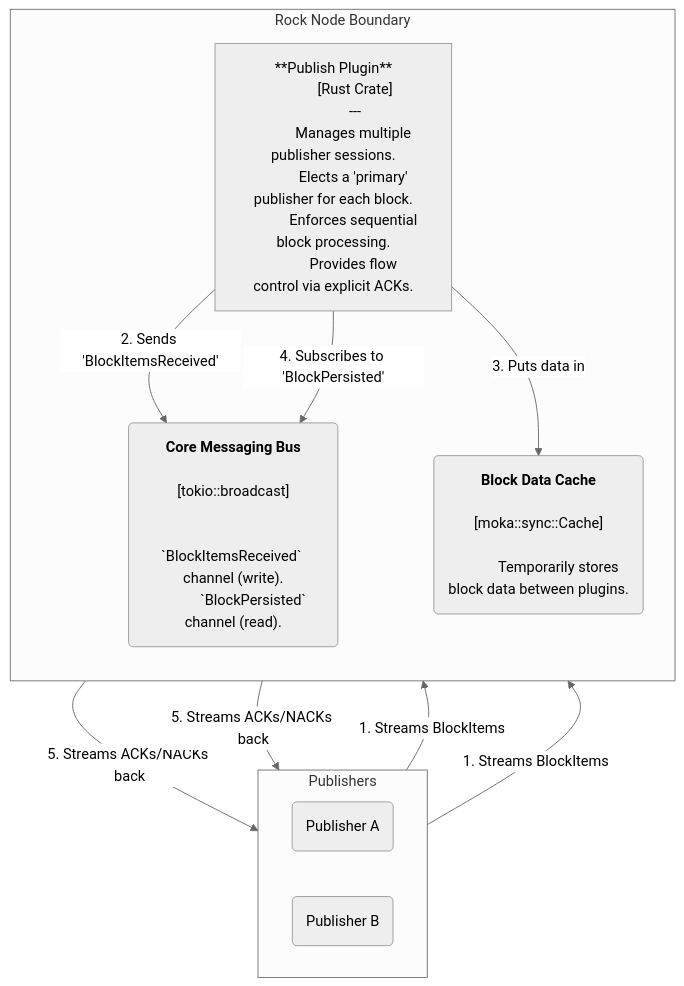
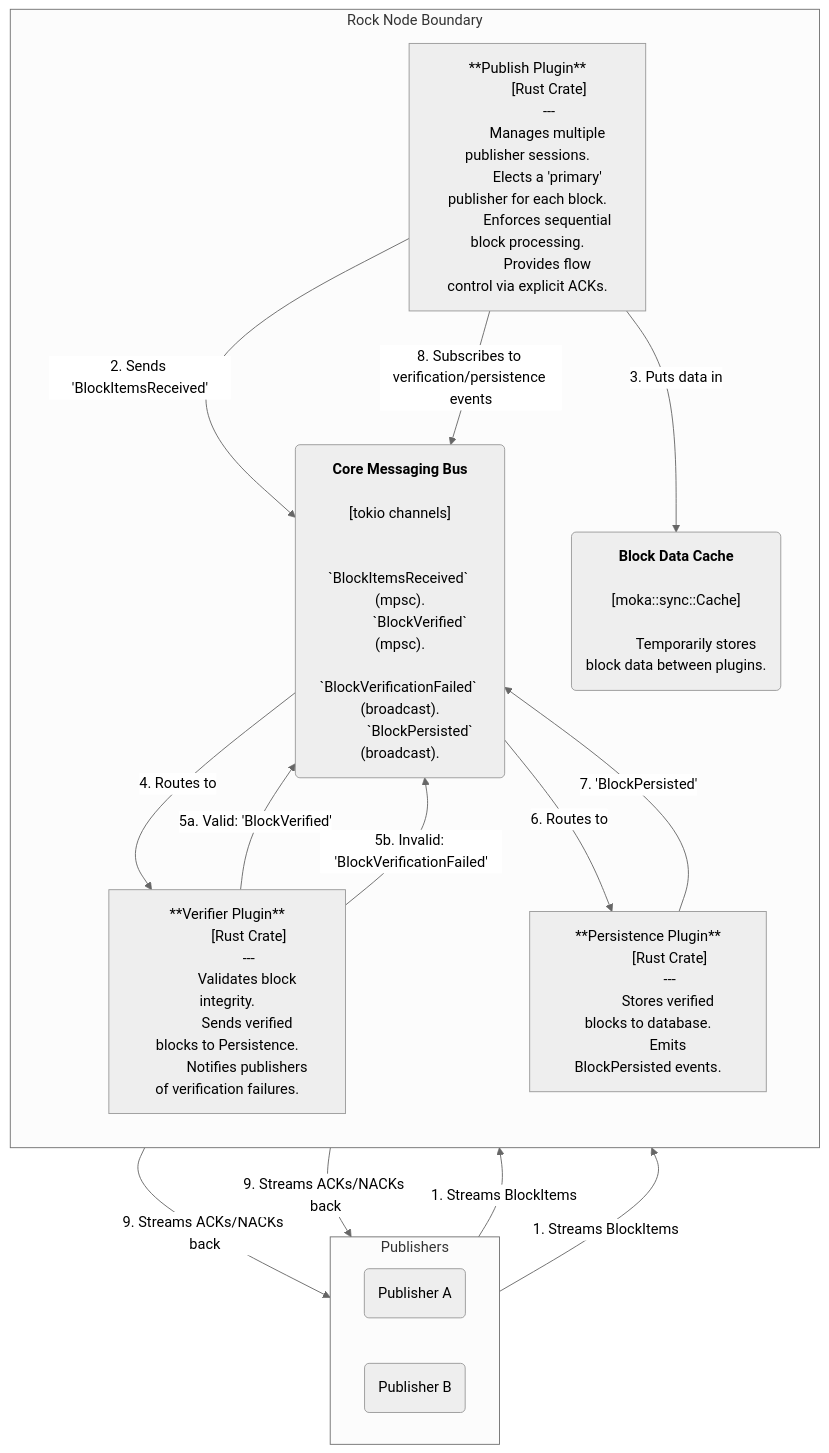
The first of 2 diagrams in docs/publisher/design-doc.md (LimeChain/Rock-Node), drawn with Mermaid (neutral theme) before and after one commit. The commit also changed other lines of this file and 38 other files, not shown here.

````diff
--- a/docs/publisher/design-doc.md
+++ b/docs/publisher/design-doc.md
@@ -42,45 +44,71 @@
 ```mermaid
 graph TD
     subgraph "Publishers"
         direction LR
         PublisherA("Publisher A")
         PublisherB("Publisher B")
     end
 
     subgraph "Rock Node Boundary"
         direction TB
-        
+
         PublishPlugin["
             **Publish Plugin**
             [Rust Crate]
             ---
             Manages multiple publisher sessions.
             Elects a 'primary' publisher for each block.
             Enforces sequential block processing.
             Provides flow control via explicit ACKs.
         "]
 
+        VerifierPlugin["
+            **Verifier Plugin**
+            [Rust Crate]
+            ---
+            Validates block integrity.
+            Sends verified blocks to Persistence.
+            Notifies publishers of verification failures.
+        "]
+
+        PersistencePlugin["
+            **Persistence Plugin**
+            [Rust Crate]
+            ---
+            Stores verified blocks to database.
+            Emits BlockPersisted events.
+        "]
+
         CoreMessaging("
             <b>Core Messaging Bus</b>
-            <br/>[tokio::broadcast]<br/>
-            `BlockItemsReceived` channel (write).
-            `BlockPersisted` channel (read).
+            <br/>[tokio channels]<br/>
+            `BlockItemsReceived` (mpsc).
+            `BlockVerified` (mpsc).
+            `BlockVerificationFailed` (broadcast).
+            `BlockPersisted` (broadcast).
         ")
 
         CoreCache("
             <b>Block Data Cache</b>
             <br/>[moka::sync::Cache]<br/>
             Temporarily stores block data between plugins.
         ")
-        
+
         PublisherA -- "1. Streams BlockItems" --> PublishPlugin
         PublisherB -- "1. Streams BlockItems" --> PublishPlugin
-        
+
         PublishPlugin -- "2. Sends 'BlockItemsReceived'" --> CoreMessaging
         PublishPlugin -- "3. Puts data in" --> CoreCache
-        PublishPlugin -- "4. Subscribes to 'BlockPersisted'" --> CoreMessaging
-        
-        PublishPlugin -- "5. Streams ACKs/NACKs back" --> PublisherA
-        PublishPlugin -- "5. Streams ACKs/NACKs back" --> PublisherB
+
+        CoreMessaging -- "4. Routes to" --> VerifierPlugin
+        VerifierPlugin -- "5a. Valid: 'BlockVerified'" --> CoreMessaging
+        VerifierPlugin -- "5b. Invalid: 'BlockVerificationFailed'" --> CoreMessaging
+
+        CoreMessaging -- "6. Routes to" --> PersistencePlugin
+        PersistencePlugin -- "7. 'BlockPersisted'" --> CoreMessaging
+
+        PublishPlugin -- "8. Subscribes to verification/persistence events" --> CoreMessaging
+        PublishPlugin -- "9. Streams ACKs/NACKs back" --> PublisherA
+        PublishPlugin -- "9. Streams ACKs/NACKs back" --> PublisherB
     end
 ```
````
